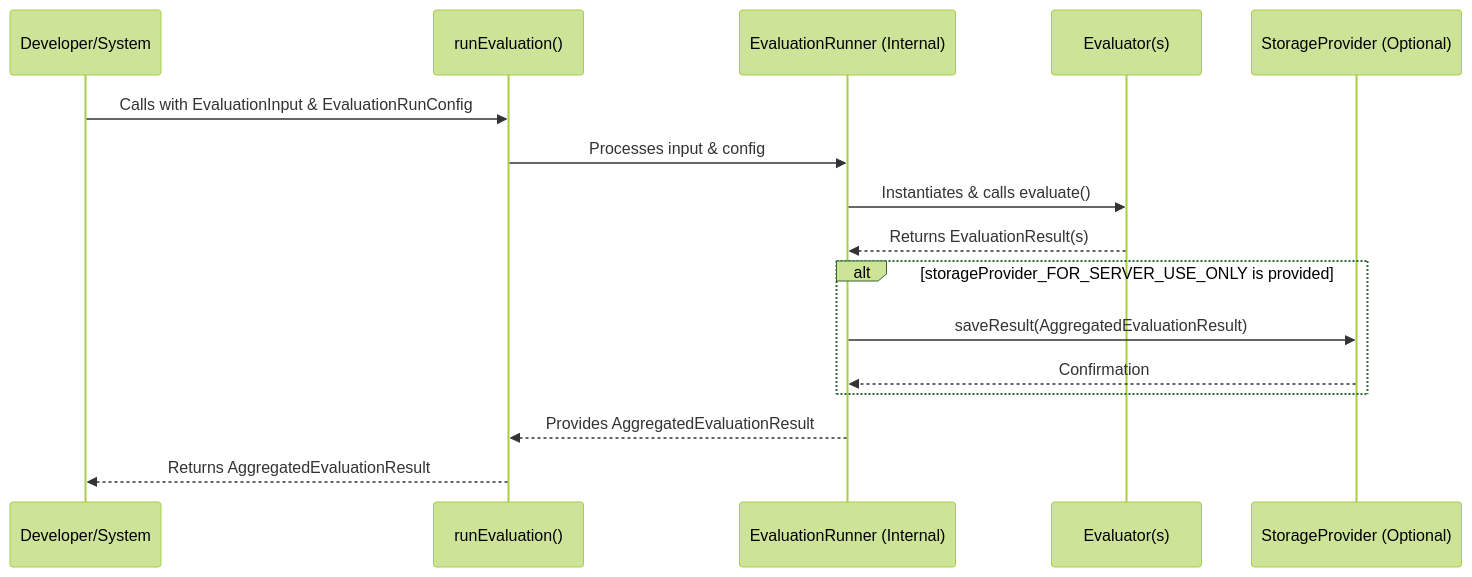
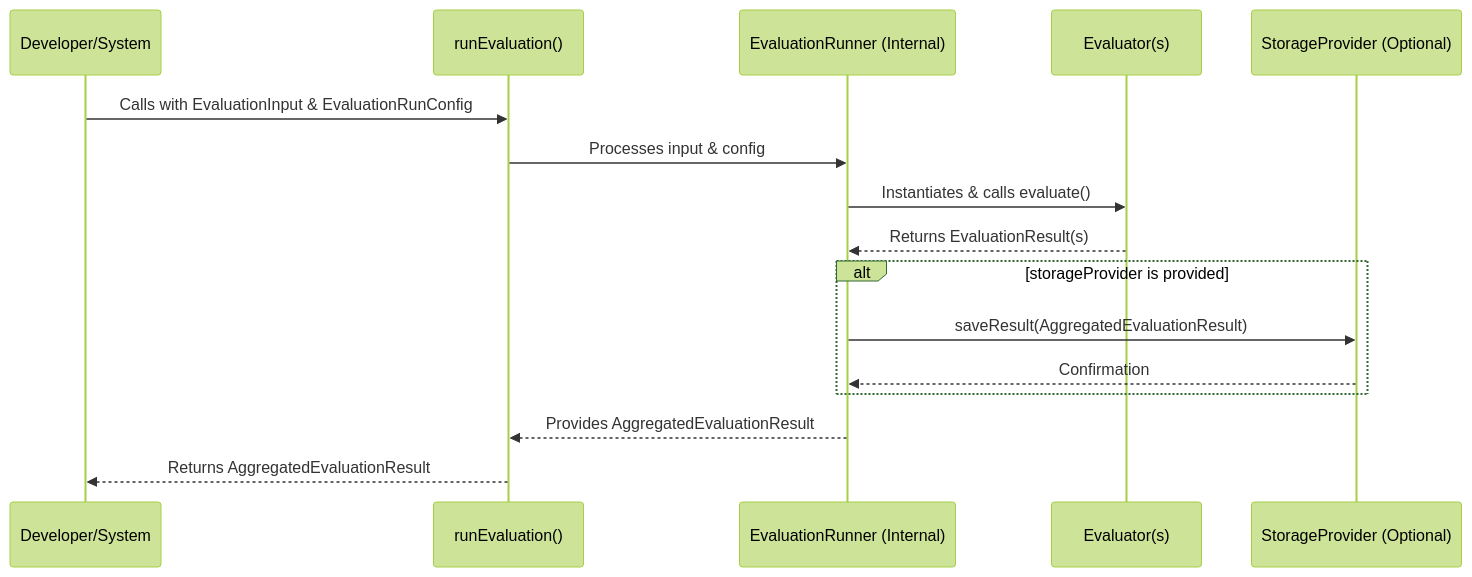
The second of 2 diagrams in docs/evaluations/README.md (AgentDock/AgentDock), drawn with Mermaid (forest theme) before and after one commit. The commit also changed other lines of this file and 13 other files, not shown here.

````diff
--- a/docs/evaluations/README.md
+++ b/docs/evaluations/README.md
@@ -100,19 +100,19 @@
 ```mermaid
 sequenceDiagram
     participant D as Developer/System
     participant RFE as runEvaluation()
     participant ER as EvaluationRunner (Internal)
     participant EV as Evaluator(s)
     participant SP as StorageProvider (Optional)
 
     D->>RFE: Calls with EvaluationInput & EvaluationRunConfig
     RFE->>ER: Processes input & config
     ER->>EV: Instantiates & calls evaluate()
     EV-->>ER: Returns EvaluationResult(s)
-    alt storageProvider_FOR_SERVER_USE_ONLY is provided
+    alt storageProvider is provided
         ER->>SP: saveResult(AggregatedEvaluationResult)
         SP-->>ER: Confirmation
     end
     ER-->>RFE: Provides AggregatedEvaluationResult
     RFE-->>D: Returns AggregatedEvaluationResult
 ```
````
